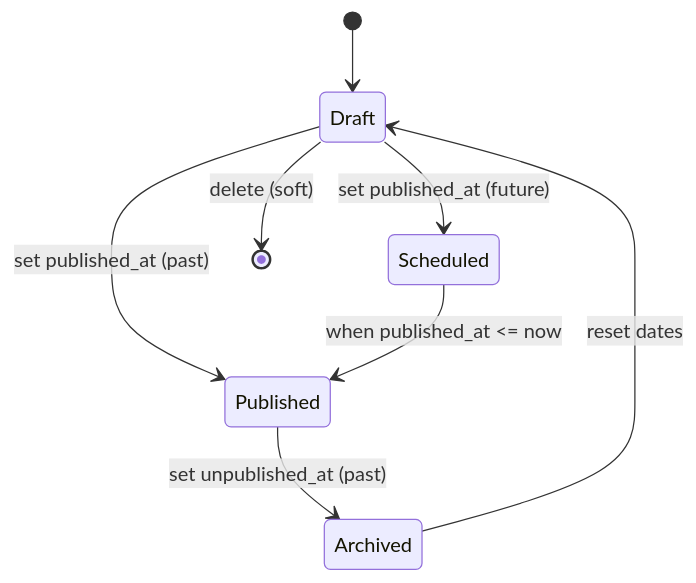
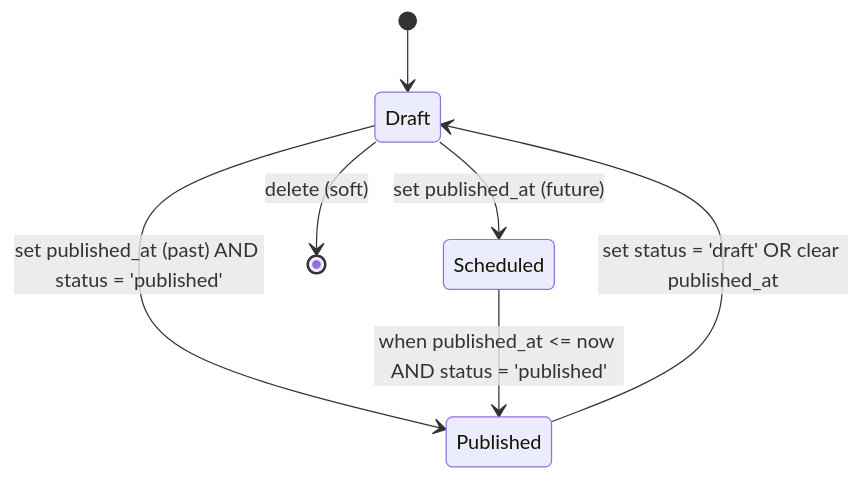
Before and after one commit to g00seberry/stupidCms: the diagram in docs/10-concepts/entries.md, drawn with Mermaid. The commit also changed other lines of this file and 6 other files, not shown here.

````diff
--- a/docs/10-concepts/entries.md
+++ b/docs/10-concepts/entries.md
@@ -51,10 +50,9 @@
 ```mermaid
 stateDiagram-v2
     [*] --> Draft
     Draft --> Scheduled: set published_at (future)
-    Draft --> Published: set published_at (past)
-    Scheduled --> Published: when published_at <= now
-    Published --> Archived: set unpublished_at (past)
-    Archived --> Draft: reset dates
+    Draft --> Published: set published_at (past) AND status = 'published'
+    Scheduled --> Published: when published_at <= now AND status = 'published'
+    Published --> Draft: set status = 'draft' OR clear published_at
     Draft --> [*]: delete (soft)
 ```
````
